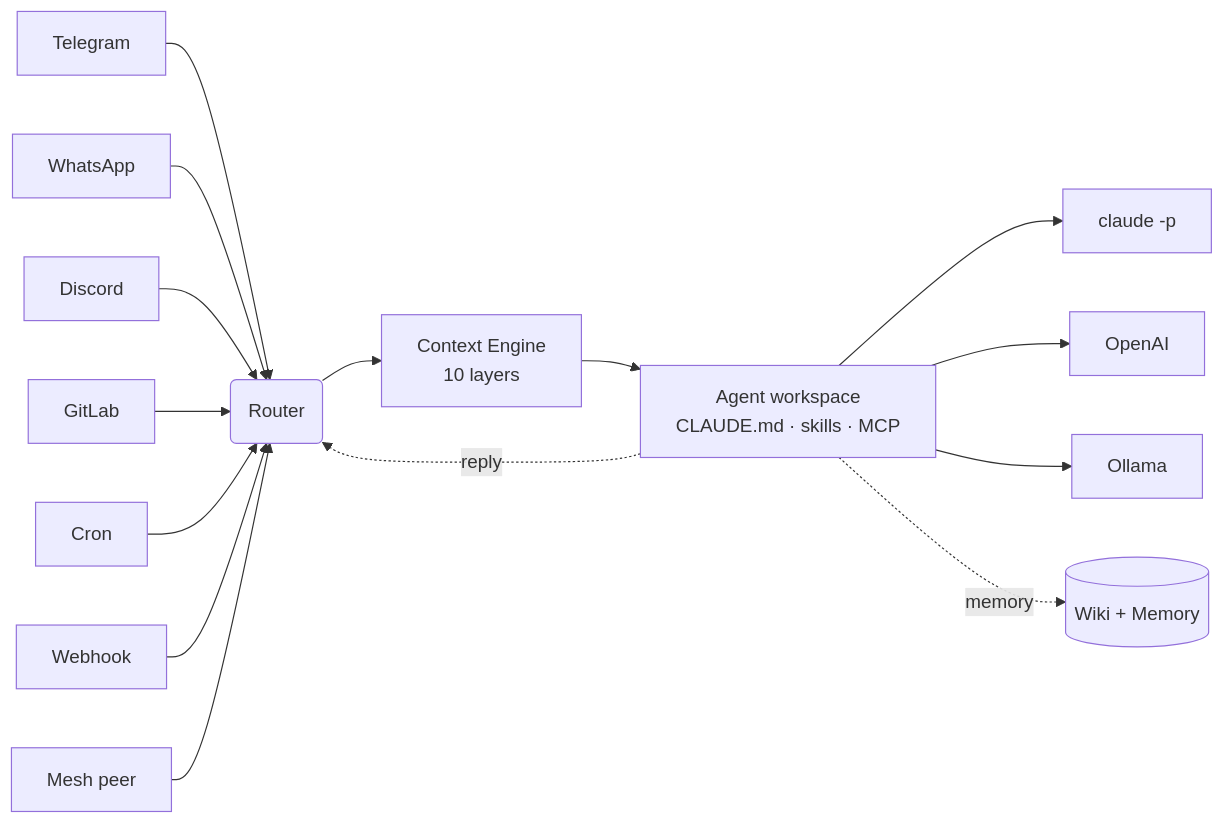
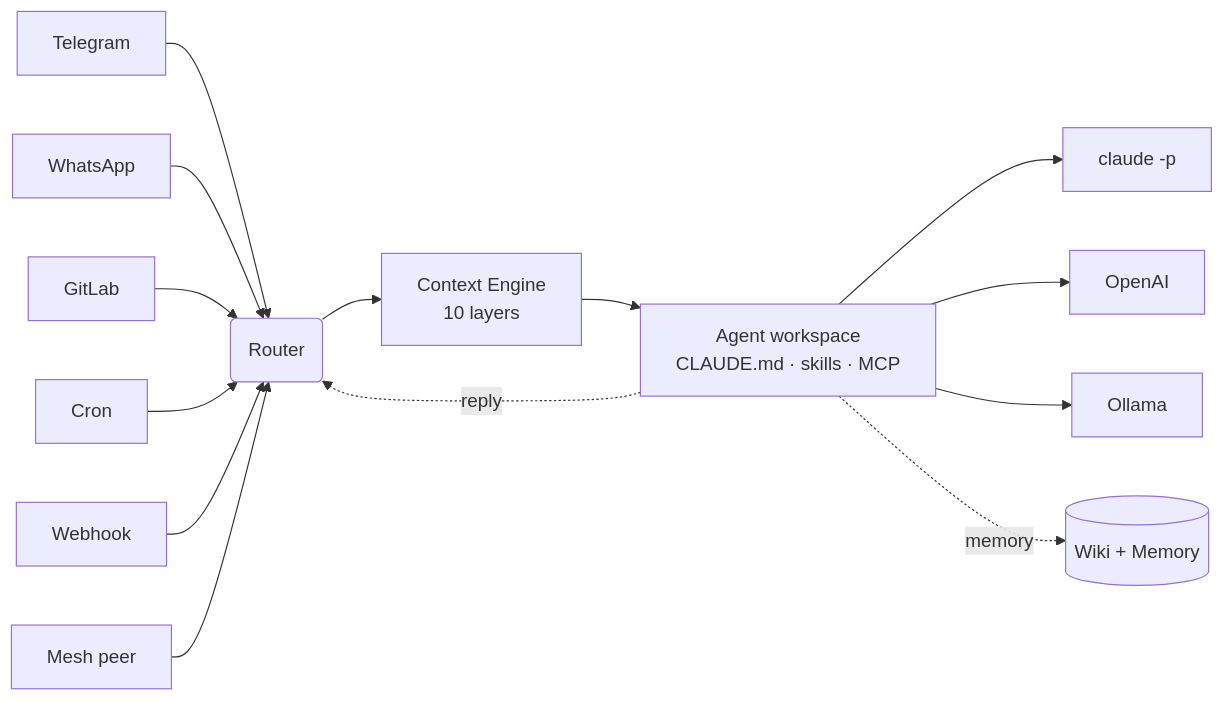
The diagram in docs/concepts.md (anis-marrouchi/agentx), drawn with Mermaid before and after one commit. The commit also changed other lines of this file and 14 other files, not shown here.

````diff
--- a/docs/concepts.md
+++ b/docs/concepts.md
@@ -11,17 +11,16 @@
 ```mermaid
 graph LR
   T[Telegram] --> R(Router)
   W[WhatsApp] --> R
-  D[Discord] --> R
   G[GitLab] --> R
   C[Cron] --> R
   H[Webhook] --> R
   M[Mesh peer] --> R
   R --> CTX[Context Engine<br/>10 layers]
   CTX --> AG[Agent workspace<br/>CLAUDE.md · skills · MCP]
   AG --> P1[claude -p]
   AG --> P2[OpenAI]
   AG --> P3[Ollama]
   AG -.->|memory| MEM[(Wiki + Memory)]
   AG -.->|reply| R
 ```
````
